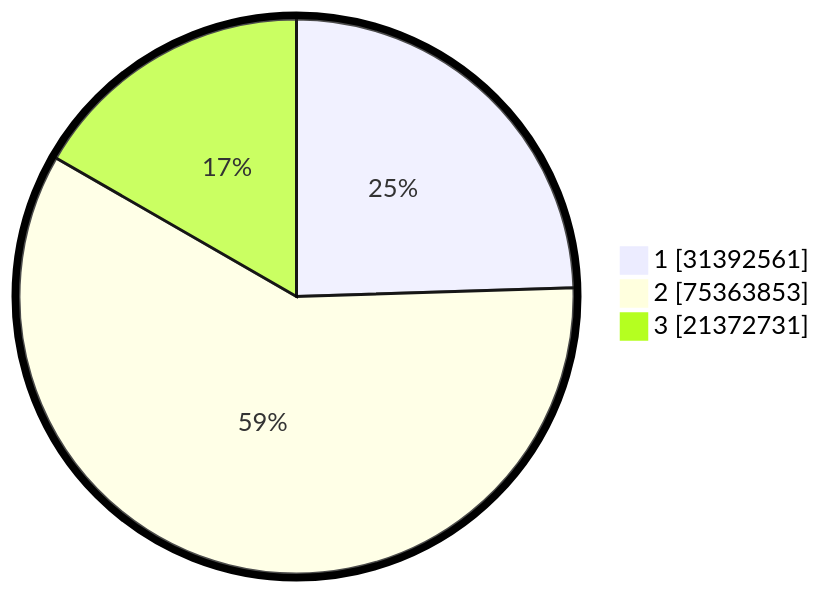
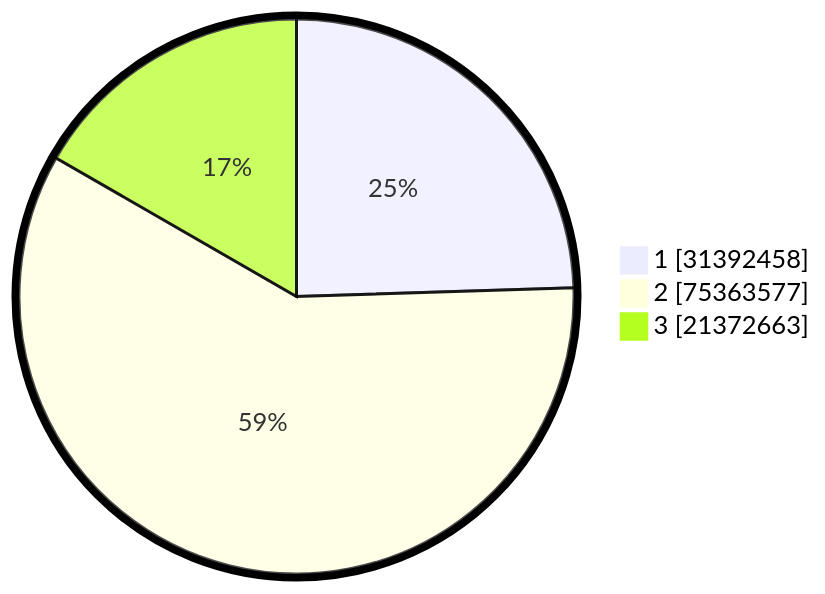
The second of 2 diagrams in pilpres/hitung-suara/README.md (gigit-pemilu/pemilu-2024), drawn with Mermaid before and after one commit. The commit also changed other lines of this file and 8 other files, not shown here.

````diff
--- a/pilpres/hitung-suara/README.md
+++ b/pilpres/hitung-suara/README.md
@@ -93,7 +93,7 @@
 ```mermaid
 %%{init: {"pie": {"textPosition": 0.5}, "themeVariables": {"pieOuterStrokeWidth": "5px"}} }%%
 pie showData
-    "1" : 31392561
-    "2" : 75363853
-    "3" : 21372731
+    "1" : 31392458
+    "2" : 75363577
+    "3" : 21372663
 ```
````
